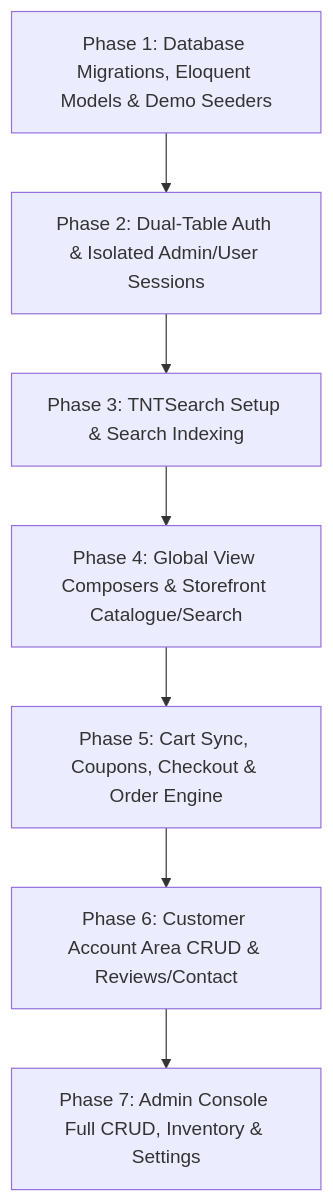
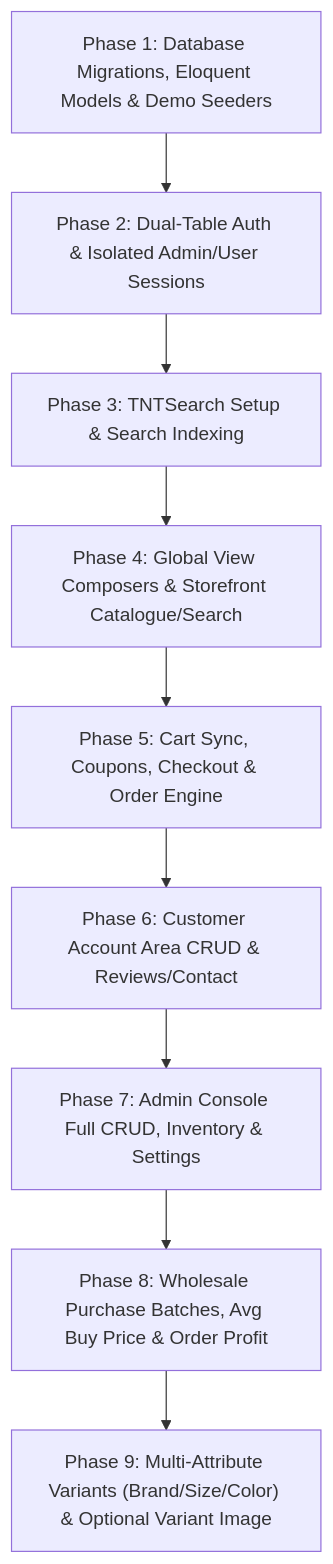
One commit to ripon-coder/the-everbloom changed the diagram in docs/07-step-by-step-backend-development-plan.md. Above: the diagram before and after it, drawn with Mermaid. The commit also changed other lines of this file and 109 other files, not shown here.

````diff
--- a/docs/07-step-by-step-backend-development-plan.md
+++ b/docs/07-step-by-step-backend-development-plan.md
@@ -16,9 +19,11 @@
 ```mermaid
 flowchart TD
     P1["Phase 1: Database Migrations, Eloquent Models & Demo Seeders"] --> P2["Phase 2: Dual-Table Auth & Isolated Admin/User Sessions"]
     P2 --> P3["Phase 3: TNTSearch Setup & Search Indexing"]
     P3 --> P4["Phase 4: Global View Composers & Storefront Catalogue/Search"]
     P4 --> P5["Phase 5: Cart Sync, Coupons, Checkout & Order Engine"]
     P5 --> P6["Phase 6: Customer Account Area CRUD & Reviews/Contact"]
     P6 --> P7["Phase 7: Admin Console Full CRUD, Inventory & Settings"]
+    P7 --> P8["Phase 8: Wholesale Purchase Batches, Avg Buy Price & Order Profit"]
+    P8 --> P9["Phase 9: Multi-Attribute Variants (Brand/Size/Color) & Optional Variant Image"]
 ```
````
